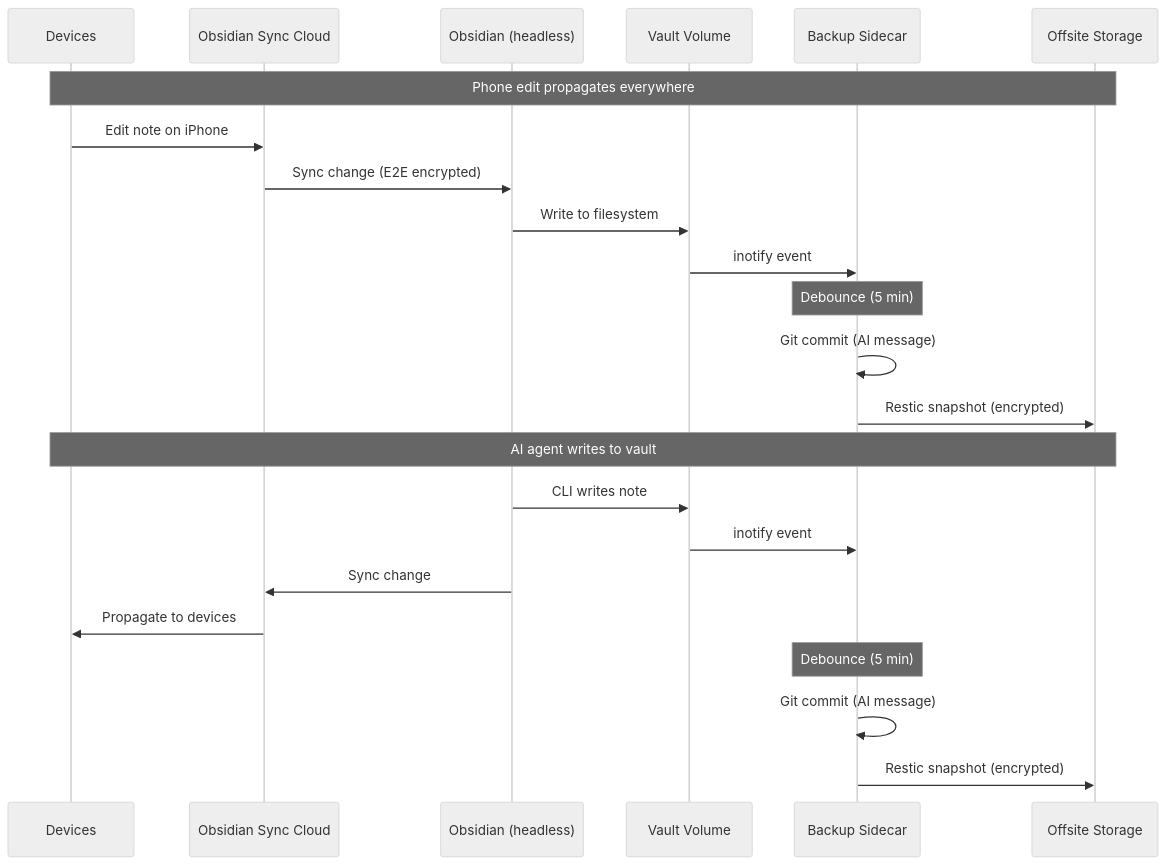
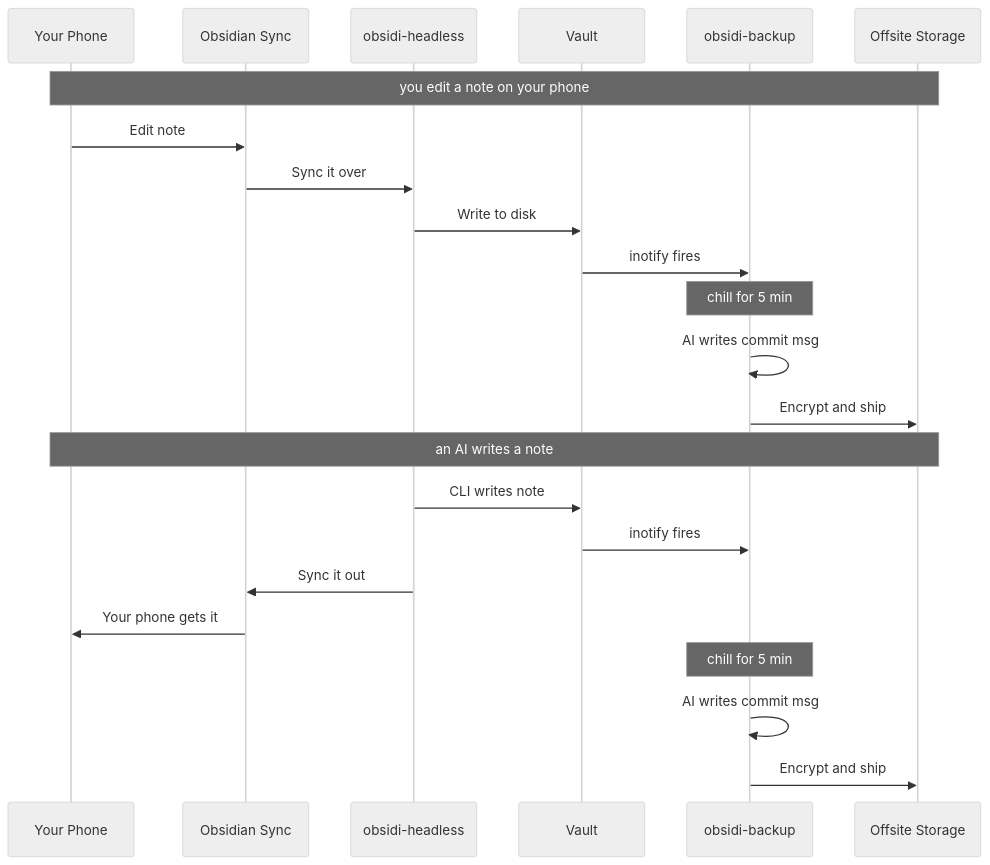
One commit to cameronsjo/obaass changed the fourth of 5 diagrams in docs/architecture.md. Above: the diagram before and after it, drawn with Mermaid (neutral theme). The commit also changed other lines of this file and 12 other files, not shown here.

````diff
--- a/docs/architecture.md
+++ b/docs/architecture.md
@@ -51,29 +134,29 @@
 ```mermaid
 sequenceDiagram
-    participant D as Devices
-    participant S as Obsidian Sync Cloud
-    participant O as Obsidian (headless)
-    participant V as Vault Volume
-    participant B as Backup Sidecar
+    participant D as Your Phone
+    participant S as Obsidian Sync
+    participant O as obsidi-headless
+    participant V as Vault
+    participant B as obsidi-backup
     participant R as Offsite Storage
 
-    Note over D,R: Phone edit propagates everywhere
+    Note over D,R: you edit a note on your phone
 
-    D->>S: Edit note on iPhone
-    S->>O: Sync change (E2E encrypted)
-    O->>V: Write to filesystem
-    V->>B: inotify event
-    Note over B: Debounce (5 min)
-    B->>B: Git commit (AI message)
-    B->>R: Restic snapshot (encrypted)
+    D->>S: Edit note
+    S->>O: Sync it over
+    O->>V: Write to disk
+    V->>B: inotify fires
+    Note over B: chill for 5 min
+    B->>B: AI writes commit msg
+    B->>R: Encrypt and ship
 
-    Note over D,R: AI agent writes to vault
+    Note over D,R: an AI writes a note
 
     O->>V: CLI writes note
-    V->>B: inotify event
-    O->>S: Sync change
-    S->>D: Propagate to devices
-    Note over B: Debounce (5 min)
-    B->>B: Git commit (AI message)
-    B->>R: Restic snapshot (encrypted)
+    V->>B: inotify fires
+    O->>S: Sync it out
+    S->>D: Your phone gets it
+    Note over B: chill for 5 min
+    B->>B: AI writes commit msg
+    B->>R: Encrypt and ship
 ```
````
